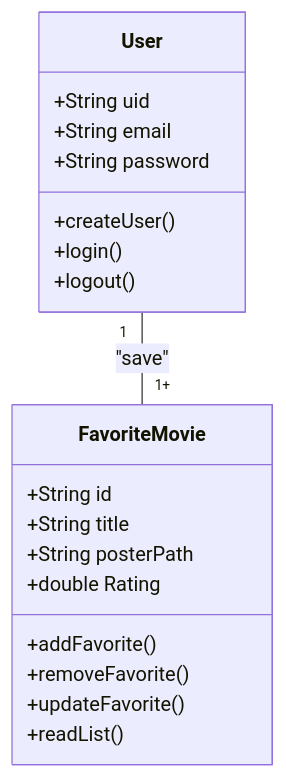
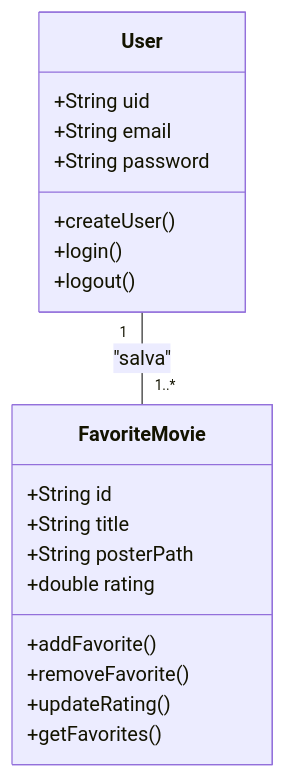
The first of 3 diagrams in FireBase/cine_favorite/README.md (matheuzinn7198/CursoMobile), drawn with Mermaid before and after one commit. The commit also changed other lines of this file, not shown here.

````diff
--- a/FireBase/cine_favorite/README.md
+++ b/FireBase/cine_favorite/README.md
@@ -45,25 +51,24 @@
 ```mermaid
 classDiagram
     class User{
         +String uid
         +String email
         +String password
         +createUser()
         +login()
         +logout()
     }
 
     class FavoriteMovie{
         +String id
         +String title
         +String posterPath
-        +double Rating
+        +double rating
         +addFavorite()
         +removeFavorite()
-        +updateFavorite()
-        +readList()
+        +updateRating()
+        +getFavorites()
     }
 
-    User "1"--"1+" FavoriteMovie : "save"
-
+    User "1" -- "1..*" FavoriteMovie : "salva"
 ```
````
